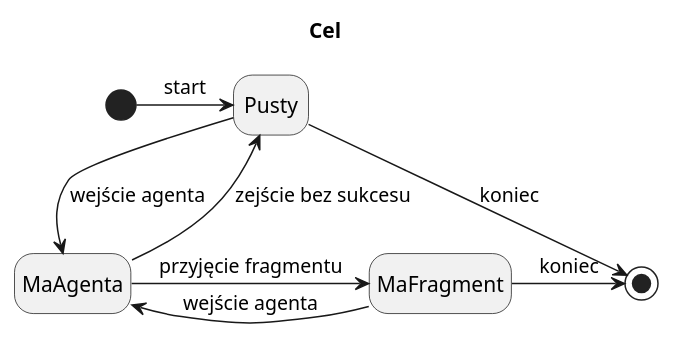
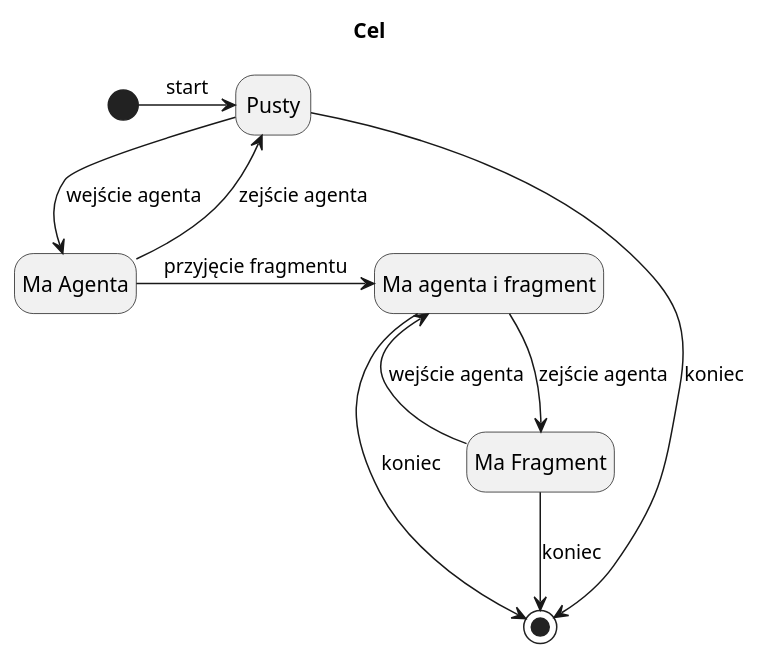
The diagram in UML/StateDiagram/Goal.puml (MINI-IO/IO-project-game), drawn with PlantUML before and after one commit. The commit also changed 1 other file, not shown here.

Commit message:
Change goal and piece setate diagrams

```diff
--- a/UML/StateDiagram/Goal.puml
+++ b/UML/StateDiagram/Goal.puml
@@ -1,17 +1,24 @@
 @startuml
 skinparam shadowing false
 skinparam monochrome true
 hide empty description
 
 title Cel
 
-[*] -> Pusty : start
-Pusty -> MaAgenta : wejście agenta
-Pusty -> [*] : koniec
+state "Pusty" as pusty
+state "Ma Agenta" as maAgenta
+state "Ma Fragment" as maFragment
+state "Ma agenta i fragment" as maif
 
-MaAgenta -> MaFragment : przyjęcie fragmentu
-MaFragment -> MaAgenta : wejście agenta
-MaAgenta --> Pusty : zejście bez sukcesu
+[*] -> pusty : start
+pusty -down-> maAgenta : wejście agenta
+pusty -> [*] : koniec
 
-MaFragment -> [*] : koniec
+maAgenta -right-> maif : przyjęcie fragmentu
+maAgenta -> pusty : zejście agenta
+
+maFragment -up-> maif : wejście agenta
+maif -down-> maFragment : zejście agenta
+maif -right-> [*] : koniec
+maFragment --> [*] : koniec
 @enduml
```
